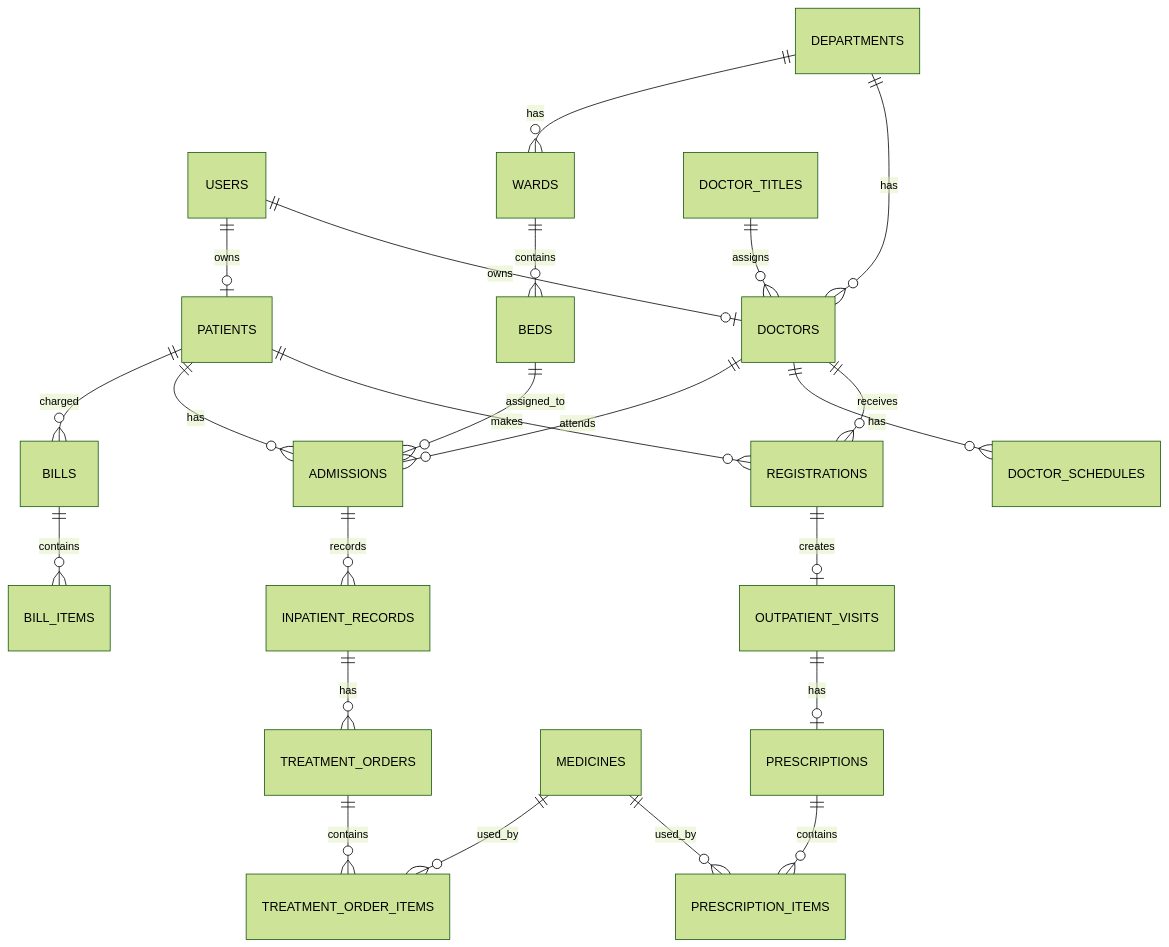
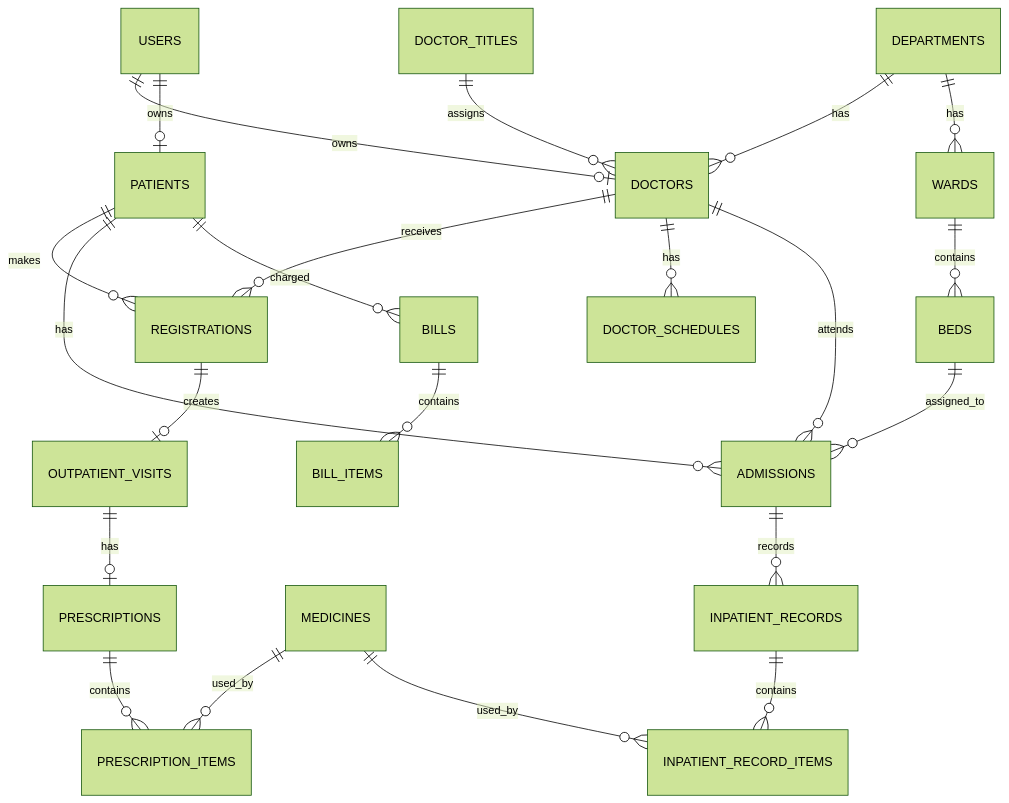
Before and after one commit to wonderful-sf/hospital-management-information-system: the diagram in doc/数据库设计文档.md, drawn with Mermaid (forest theme). The commit also changed other lines of this file and 5 other files, not shown here.

````diff
--- a/doc/数据库设计文档.md
+++ b/doc/数据库设计文档.md
@@ -80,25 +79,24 @@
 ```mermaid
 erDiagram
     USERS ||--o| DOCTORS : owns
     USERS ||--o| PATIENTS : owns
     DEPARTMENTS ||--o{ DOCTORS : has
     DEPARTMENTS ||--o{ WARDS : has
     DOCTOR_TITLES ||--o{ DOCTORS : assigns
     WARDS ||--o{ BEDS : contains
     PATIENTS ||--o{ REGISTRATIONS : makes
     DOCTORS ||--o{ REGISTRATIONS : receives
     DOCTORS ||--o{ DOCTOR_SCHEDULES : has
     REGISTRATIONS ||--o| OUTPATIENT_VISITS : creates
     OUTPATIENT_VISITS ||--o| PRESCRIPTIONS : has
     PRESCRIPTIONS ||--o{ PRESCRIPTION_ITEMS : contains
     MEDICINES ||--o{ PRESCRIPTION_ITEMS : used_by
     PATIENTS ||--o{ ADMISSIONS : has
     DOCTORS ||--o{ ADMISSIONS : attends
     BEDS ||--o{ ADMISSIONS : assigned_to
     ADMISSIONS ||--o{ INPATIENT_RECORDS : records
-    INPATIENT_RECORDS ||--o{ TREATMENT_ORDERS : has
-    TREATMENT_ORDERS ||--o{ TREATMENT_ORDER_ITEMS : contains
-    MEDICINES ||--o{ TREATMENT_ORDER_ITEMS : used_by
+    INPATIENT_RECORDS ||--o{ INPATIENT_RECORD_ITEMS : contains
+    MEDICINES ||--o{ INPATIENT_RECORD_ITEMS : used_by
     PATIENTS ||--o{ BILLS : charged
     BILLS ||--o{ BILL_ITEMS : contains
 ```
````
